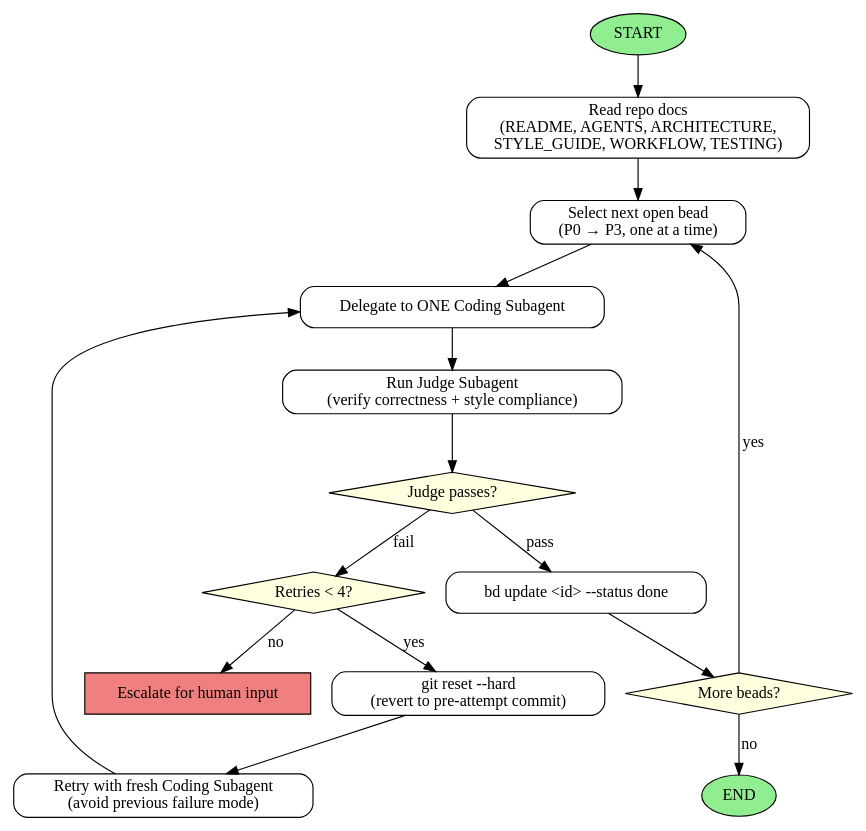
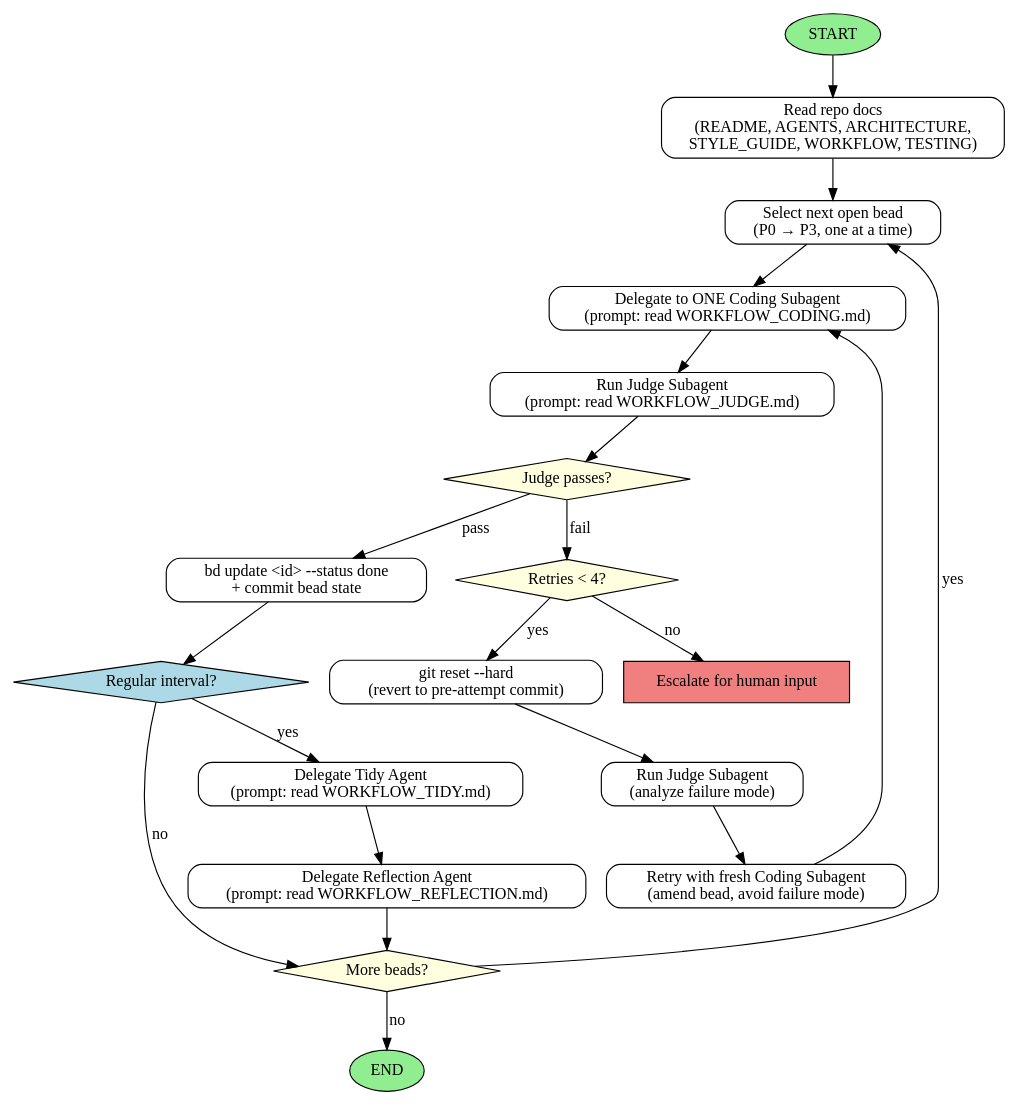
One commit to imbue-ai/rust-bucket changed the diagram in WORKFLOW.md. Above: the diagram before and after it, drawn with Graphviz. The commit also changed other lines of this file and 13 other files, not shown here.

First line of the commit message:
Refactor agent workflow documentation and add CLI version flag

````diff
--- a/WORKFLOW.md
+++ b/WORKFLOW.md
@@ -72,31 +63,39 @@
 ```dot
 digraph CoordinatorWorkflow {
   rankdir=TB;
   node [shape=box, style=rounded];
 
   START [shape=ellipse, style=filled, fillcolor=lightgreen];
   READ_DOCS [label="Read repo docs\n(README, AGENTS, ARCHITECTURE,\nSTYLE_GUIDE, WORKFLOW, TESTING)"];
   PICK_BEAD [label="Select next open bead\n(P0 → P3, one at a time)"];
-  DELEGATE [label="Delegate to ONE Coding Subagent"];
-  JUDGE [label="Run Judge Subagent\n(verify correctness + style compliance)"];
+  DELEGATE [label="Delegate to ONE Coding Subagent\n(prompt: read WORKFLOW_CODING.md)"];
+  JUDGE [label="Run Judge Subagent\n(prompt: read WORKFLOW_JUDGE.md)"];
   JUDGE_RESULT [shape=diamond, style=filled, fillcolor=lightyellow, label="Judge passes?"];
-  MARK_DONE [label="bd update <id> --status done"];
+  MARK_DONE [label="bd update <id> --status done\n+ commit bead state"];
   MORE [shape=diamond, style=filled, fillcolor=lightyellow, label="More beads?"];
   END [shape=ellipse, style=filled, fillcolor=lightgreen];
 
   RETRIES [shape=diamond, style=filled, fillcolor=lightyellow, label="Retries < 4?"];
   RESET [label="git reset --hard\n(revert to pre-attempt commit)"];
-  REPROMPT [label="Retry with fresh Coding Subagent\n(avoid previous failure mode)"];
+  JUDGE_FAILURE [label="Run Judge Subagent\n(analyze failure mode)"];
+  REPROMPT [label="Retry with fresh Coding Subagent\n(amend bead, avoid failure mode)"];
   ESCALATE [shape=box, style=filled, fillcolor=lightcoral, label="Escalate for human input"];
+
+  INTERVAL_CHECK [shape=diamond, style=filled, fillcolor=lightblue, label="Regular interval?"];
+  TIDY [label="Delegate Tidy Agent\n(prompt: read WORKFLOW_TIDY.md)"];
+  REFLECTION [label="Delegate Reflection Agent\n(prompt: read WORKFLOW_REFLECTION.md)"];
 
   START -> READ_DOCS -> PICK_BEAD -> DELEGATE -> JUDGE -> JUDGE_RESULT;
   JUDGE_RESULT -> MARK_DONE [label="pass"];
   JUDGE_RESULT -> RETRIES [label="fail"];
   RETRIES -> RESET [label="yes"];
-  RESET -> REPROMPT -> DELEGATE;
+  RESET -> JUDGE_FAILURE -> REPROMPT -> DELEGATE;
   RETRIES -> ESCALATE [label="no"];
-  MARK_DONE -> MORE;
+  MARK_DONE -> INTERVAL_CHECK;
+  INTERVAL_CHECK -> TIDY [label="yes"];
+  TIDY -> REFLECTION -> MORE;
+  INTERVAL_CHECK -> MORE [label="no"];
   MORE -> PICK_BEAD [label="yes"];
   MORE -> END [label="no"];
 }
 ```
````
